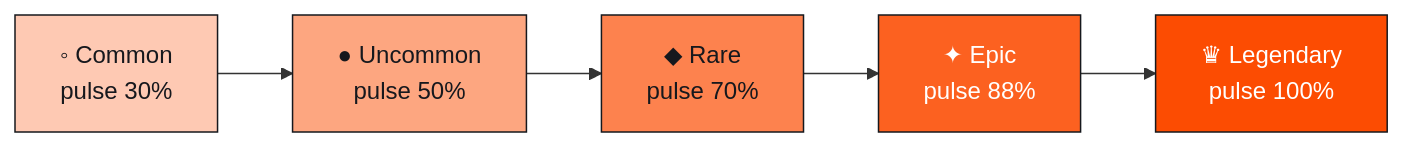
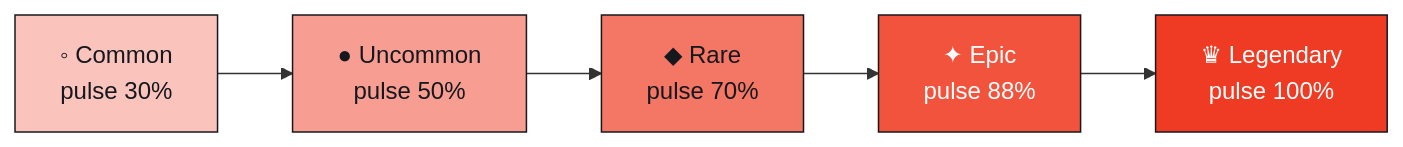
Before and after one commit to Ifthikar20/project-gr: the fourth of 17 diagrams in docs/16-architecture-deep-dive.md, drawn with Mermaid. The commit also changed other lines of this file and 6 other files, not shown here.

````diff
--- a/docs/16-architecture-deep-dive.md
+++ b/docs/16-architecture-deep-dive.md
@@ -221,14 +221,14 @@
 ```mermaid
 flowchart LR
     C["◦ Common<br/>pulse 30%"]:::c
     U["● Uncommon<br/>pulse 50%"]:::u
     R["◆ Rare<br/>pulse 70%"]:::r
     E["✦ Epic<br/>pulse 88%"]:::e
     L["♛ Legendary<br/>pulse 100%"]:::l
     C --> U --> R --> E --> L
-    classDef c fill:#FEC9B3,stroke:#16181D,color:#16181D
-    classDef u fill:#FDA680,stroke:#16181D,color:#16181D
-    classDef r fill:#FD824E,stroke:#16181D,color:#16181D
-    classDef e fill:#FC6120,stroke:#16181D,color:#FFFFFF
-    classDef l fill:#FC4C02,stroke:#16181D,color:#FFFFFF
+    classDef c fill:#FAC4BD,stroke:#16181D,color:#16181D
+    classDef u fill:#F79D91,stroke:#16181D,color:#16181D
+    classDef r fill:#F47665,stroke:#16181D,color:#16181D
+    classDef e fill:#F1533D,stroke:#16181D,color:#FFFFFF
+    classDef l fill:#EF3B23,stroke:#16181D,color:#FFFFFF
 ```
````
